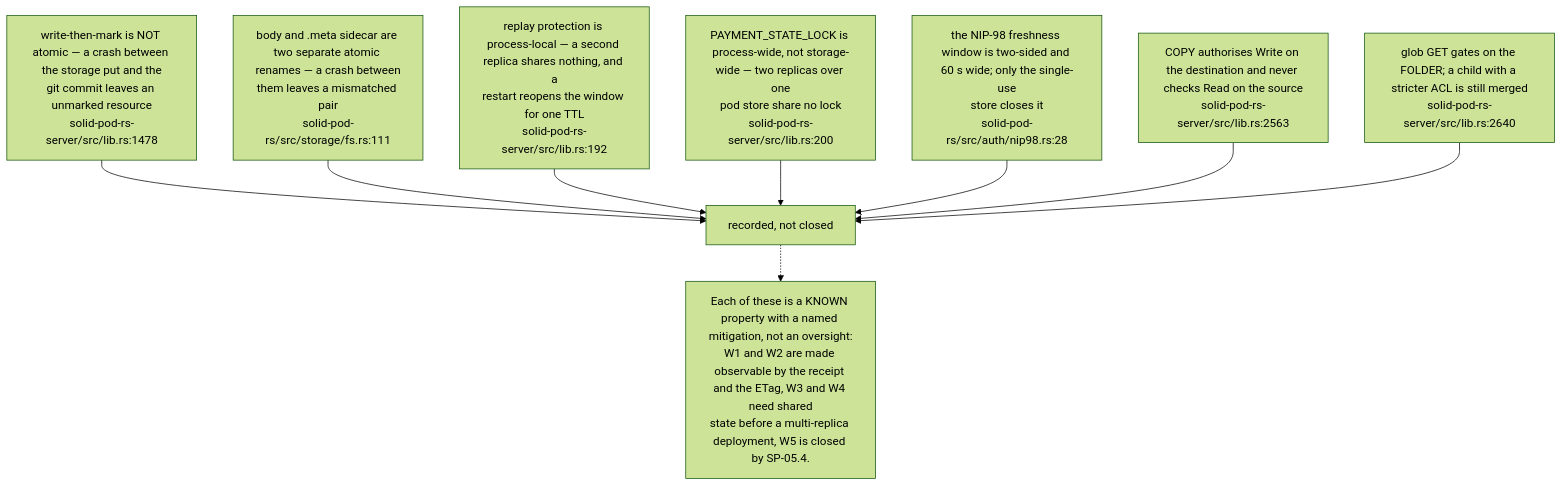
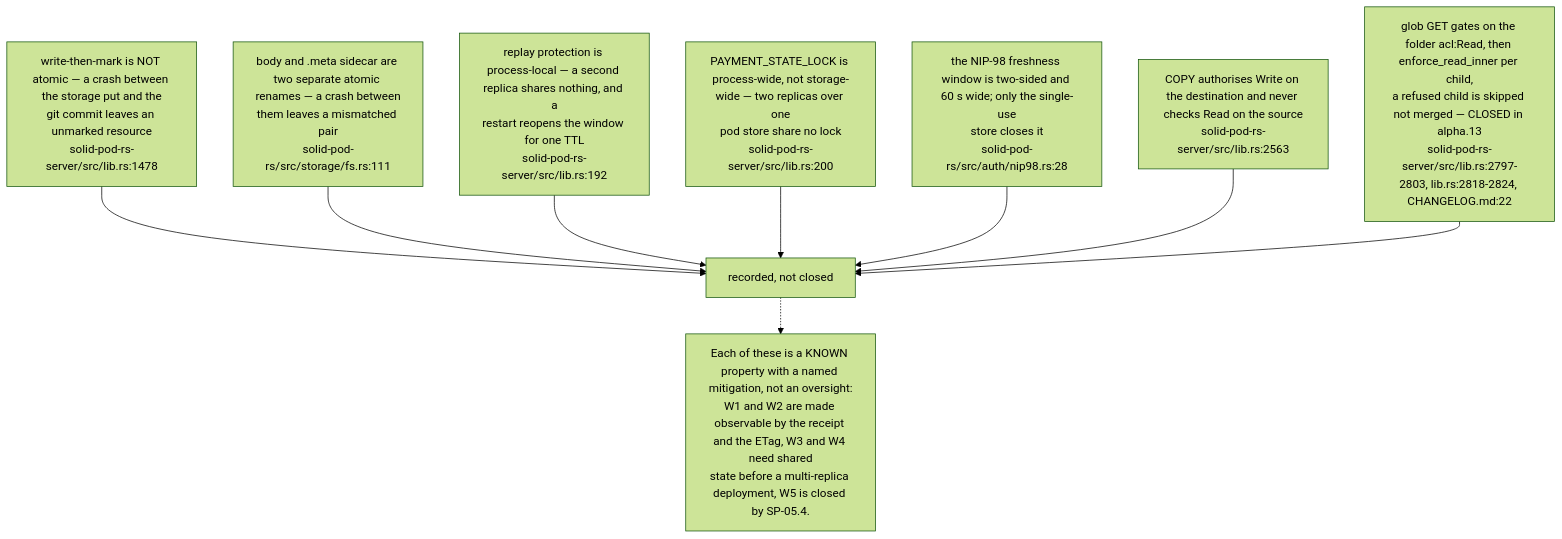
One commit to DreamLab-AI/VisionFlow changed the fourth of 12 diagrams in docs/diagrams/solid-pod-rs/10-failure-modes-and-invariants.md. Above: the diagram before and after it, drawn with Mermaid (forest theme). The commit also changed other lines of this file and 10 other files, not shown here.

First line of the commit message:
docs(diagrams): close ER-1 to ER-4 and ER-33 across ten topics, re-stamped

````diff
--- a/docs/diagrams/solid-pod-rs/10-failure-modes-and-invariants.md
+++ b/docs/diagrams/solid-pod-rs/10-failure-modes-and-invariants.md
@@ -121,21 +122,21 @@
 ```mermaid
 flowchart TD
     W1["write-then-mark is NOT atomic — a crash between the storage put and the<br/>git commit leaves an unmarked resource<br/>solid-pod-rs-server/src/lib.rs:1478"]
     W2["body and .meta sidecar are two separate atomic renames — a crash between<br/>them leaves a mismatched pair<br/>solid-pod-rs/src/storage/fs.rs:111"]
     W3["replay protection is process-local — a second replica shares nothing, and a<br/>restart reopens the window for one TTL<br/>solid-pod-rs-server/src/lib.rs:192"]
     W4["PAYMENT_STATE_LOCK is process-wide, not storage-wide — two replicas over one<br/>pod store share no lock<br/>solid-pod-rs-server/src/lib.rs:200"]
     W5["the NIP-98 freshness window is two-sided and 60 s wide; only the single-use<br/>store closes it<br/>solid-pod-rs/src/auth/nip98.rs:28"]
     W6["COPY authorises Write on the destination and never checks Read on the source<br/>solid-pod-rs-server/src/lib.rs:2563"]
-    W7["glob GET gates on the FOLDER; a child with a stricter ACL is still merged<br/>solid-pod-rs-server/src/lib.rs:2640"]
+    W7["glob GET gates on the folder acl:Read, then enforce_read_inner per child,<br/>a refused child is skipped not merged — CLOSED in alpha.13<br/>solid-pod-rs-server/src/lib.rs:2797-2803, lib.rs:2818-2824, CHANGELOG.md:22"]
 
     W1 --> R["recorded, not closed"]
     W2 --> R
     W3 --> R
     W4 --> R
     W5 --> R
     W6 --> R
     W7 --> R
 
     N["Each of these is a KNOWN property with a named mitigation, not an oversight:<br/>W1 and W2 are made observable by the receipt and the ETag, W3 and W4 need shared<br/>state before a multi-replica deployment, W5 is closed by SP-05.4."]
     R -.-> N
 ```
````
